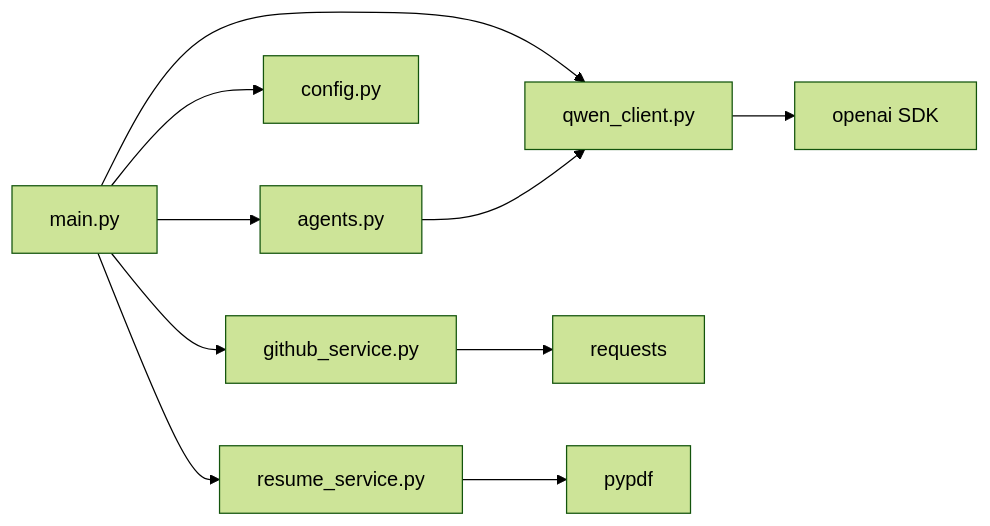
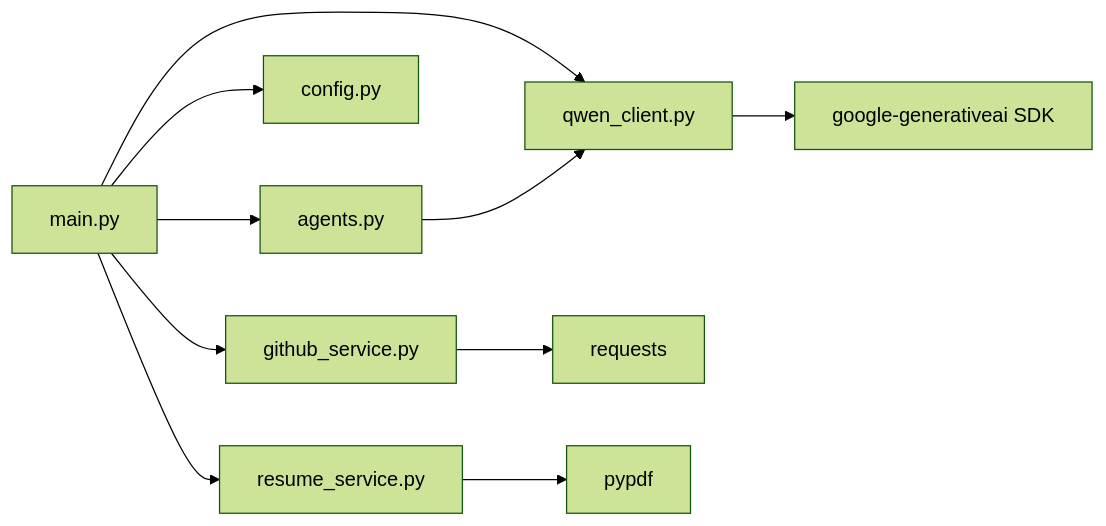
One commit to waqarimran342/CareerOS-AI changed the fourth of 4 diagrams in .qoder/repowiki/en/content/System Architecture/System Architecture.md. Above: the diagram before and after it, drawn with Mermaid (forest theme). The commit also changed other lines of this file and 32 other files, not shown here.

````diff
--- a/.qoder/repowiki/en/content/System Architecture/System Architecture.md
+++ b/.qoder/repowiki/en/content/System Architecture/System Architecture.md
@@ -285,12 +294,12 @@
 ```mermaid
 graph LR
 main["main.py"] --> agents["agents.py"]
 main --> config["config.py"]
 main --> gh["github_service.py"]
 main --> qwen["qwen_client.py"]
 main --> pdf["resume_service.py"]
 agents --> qwen
-qwen --> openai["openai SDK"]
+qwen --> gemini["google-generativeai SDK"]
 gh --> requests_lib["requests"]
 pdf --> pypdf_lib["pypdf"]
 ```
````
